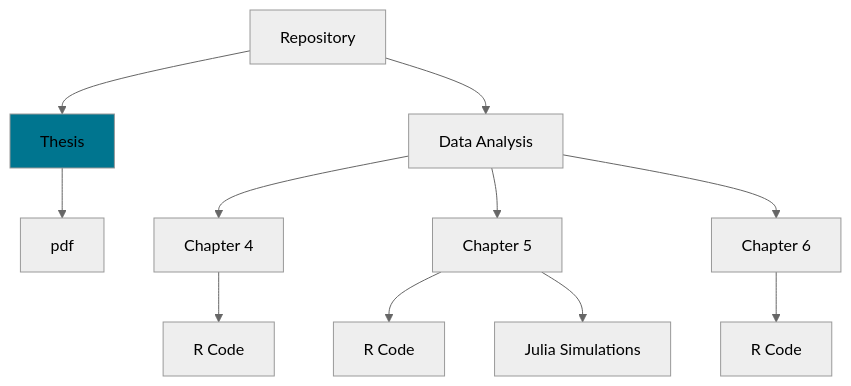
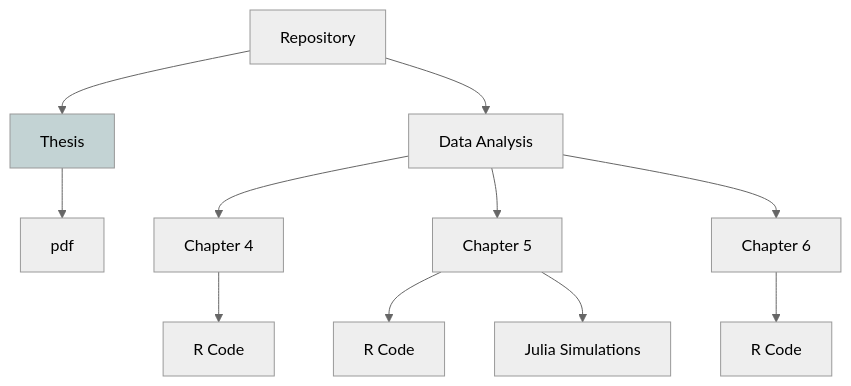
The diagram in README.md (Raquel-Montero/PhDThesis), drawn with Mermaid (neutral theme) before and after one commit.

````diff
--- a/README.md
+++ b/README.md
@@ -6,14 +6,14 @@
 ```mermaid
 graph TD;
     A[Repository] -->B[Thesis];
     B[Thesis] -->B1[pdf];
     A[Repository]-->C[Data Analysis];
     C[Data Analysis] --> D[Chapter 4];
     D[Chapter 4] --> D1[R Code];
     C[Data Analysis] --> E[Chapter 5];
     E[Chapter 5] --> E1[R Code];
     E[Chapter 5] --> E2[Julia Simulations];
     C[Data Analysis] --> F[Chapter 6];
     F[Chapter 6] --> F1[R Code];
-style B fill:#00758f
+style B fill:#c3d3d4
 ```
````
